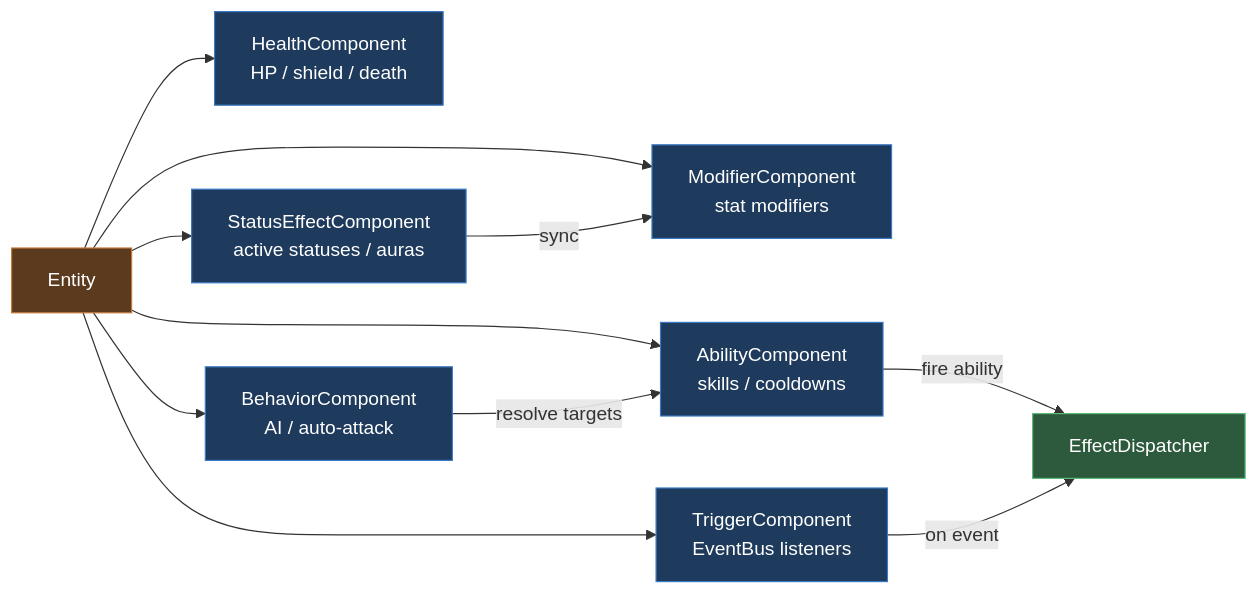
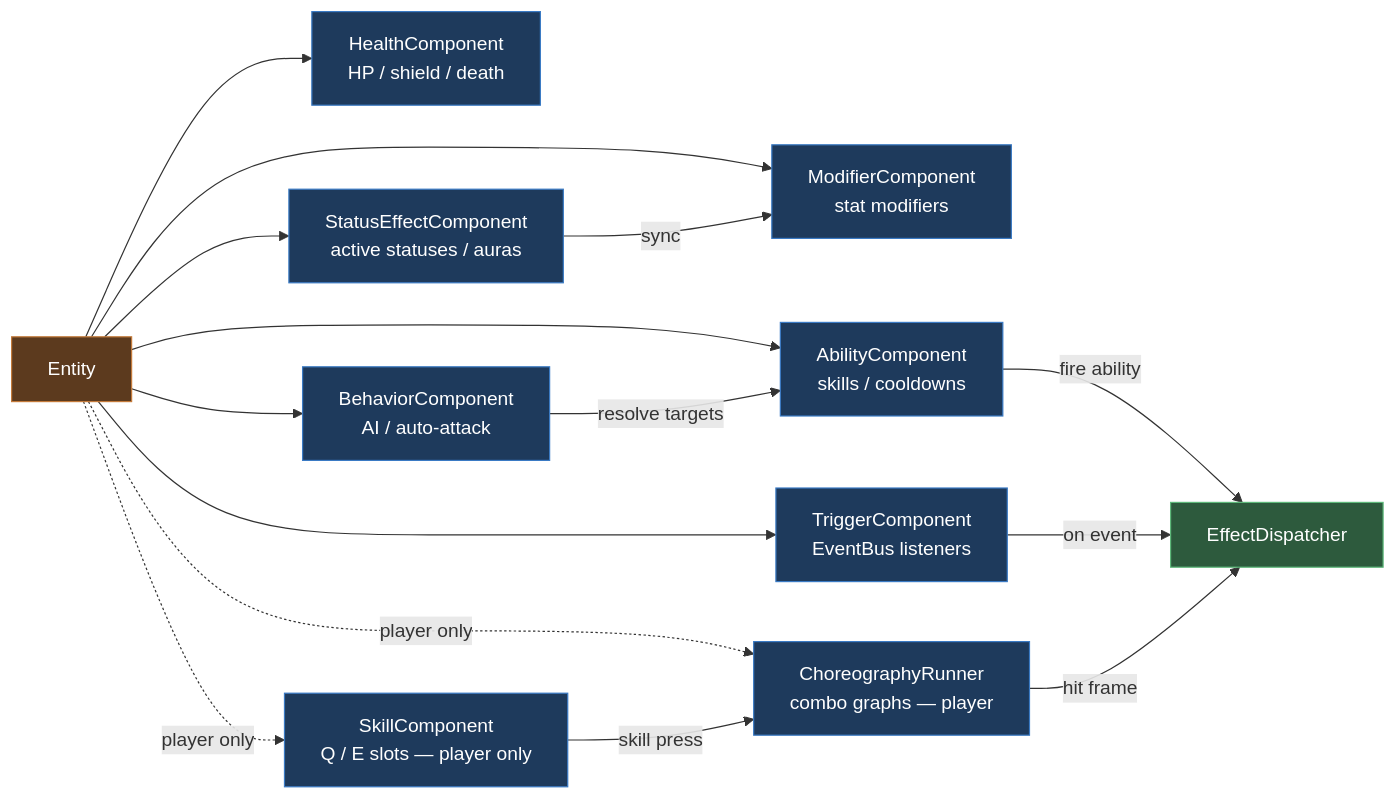
The fourth of 13 diagrams in docs/diagrams.md (bizek/mfgtcbs), drawn with Mermaid before and after one commit. The commit also changed other lines of this file and 41 other files, not shown here.

````diff
--- a/docs/diagrams.md
+++ b/docs/diagrams.md
@@ -83,22 +99,27 @@
 ```mermaid
 graph LR
     classDef entity fill:#5c3a1e,stroke:#c47a3a,color:#fff
     classDef comp fill:#1e3a5c,stroke:#3a7ac4,color:#fff
     classDef hub fill:#2d5a3d,stroke:#5db87a,color:#fff
 
     E[Entity]:::entity
 
     HC[HealthComponent<br/>HP / shield / death]:::comp
     MC[ModifierComponent<br/>stat modifiers]:::comp
     AC[AbilityComponent<br/>skills / cooldowns]:::comp
     BC[BehaviorComponent<br/>AI / auto-attack]:::comp
     SEC[StatusEffectComponent<br/>active statuses / auras]:::comp
     TC[TriggerComponent<br/>EventBus listeners]:::comp
+    SC[SkillComponent<br/>Q / E slots — player only]:::comp
+    CR[ChoreographyRunner<br/>combo graphs — player]:::comp
     ED[EffectDispatcher]:::hub
 
     E --> HC & MC & AC & BC & SEC & TC
+    E -.player only.-> SC & CR
     BC -->|resolve targets| AC
     AC -->|fire ability| ED
     SEC -->|sync| MC
     TC -->|on event| ED
+    CR -->|hit frame| ED
+    SC -->|skill press| CR
 ```
````
